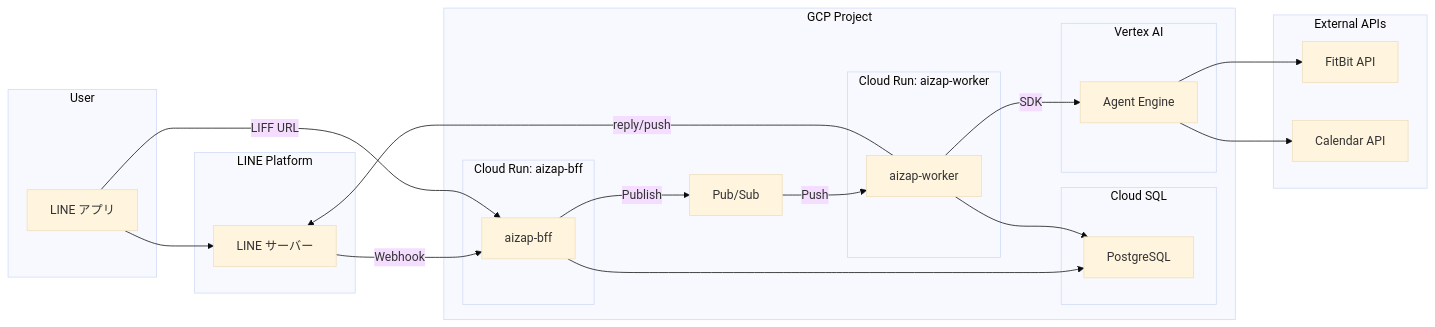
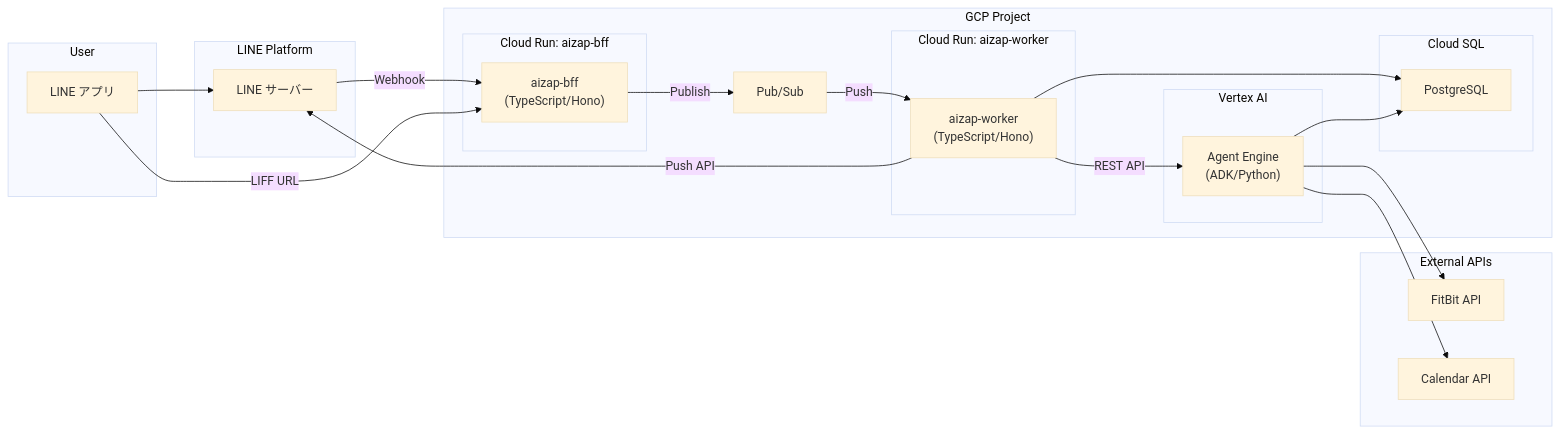
The diagram in docs/architecture.md (heyhey1028/aizap), drawn with Mermaid (base theme) before and after one commit. The commit also changed other lines of this file, not shown here.

````diff
--- a/docs/architecture.md
+++ b/docs/architecture.md
@@ -10,54 +10,54 @@
 ```mermaid
 flowchart LR
     subgraph User["User"]
         LINEApp["LINE アプリ"]
     end
 
     subgraph LINE["LINE Platform"]
         LINEServer["LINE サーバー"]
     end
 
     subgraph GCP["GCP Project"]
         subgraph CloudRunBFF["Cloud Run: aizap-bff"]
-            BFF["aizap-bff"]
+            BFF["aizap-bff\n(TypeScript/Hono)"]
         end
 
         subgraph CloudRunWorker["Cloud Run: aizap-worker"]
-            Worker["aizap-worker"]
+            Worker["aizap-worker\n(TypeScript/Hono)"]
         end
 
         PubSub["Pub/Sub"]
 
         subgraph CloudSQL["Cloud SQL"]
             PostgreSQL["PostgreSQL"]
         end
 
         subgraph VertexAI["Vertex AI"]
-            AgentEngine["Agent Engine"]
+            AgentEngine["Agent Engine\n(ADK/Python)"]
         end
     end
 
     subgraph External["External APIs"]
         FitBit["FitBit API"]
         Calendar["Calendar API"]
     end
 
     %% Webhook flow (async)
     LINEApp --> LINEServer
     LINEServer -->|"Webhook"| BFF
     BFF -->|"Publish"| PubSub
     PubSub -->|"Push"| Worker
-    Worker -->|"SDK"| AgentEngine
-    Worker -->|"reply/push"| LINEServer
+    Worker -->|"REST API"| AgentEngine
+    Worker -->|"Push API"| LINEServer
 
     %% LIFF flow (sync)
     LINEApp -->|"LIFF URL"| BFF
 
-    %% Database connections
-    BFF --> PostgreSQL
+    %% Database connections (BFF は接続しない)
     Worker --> PostgreSQL
+    AgentEngine --> PostgreSQL
 
     %% Agent Engine dependencies
     AgentEngine --> FitBit
     AgentEngine --> Calendar
 ```
````
